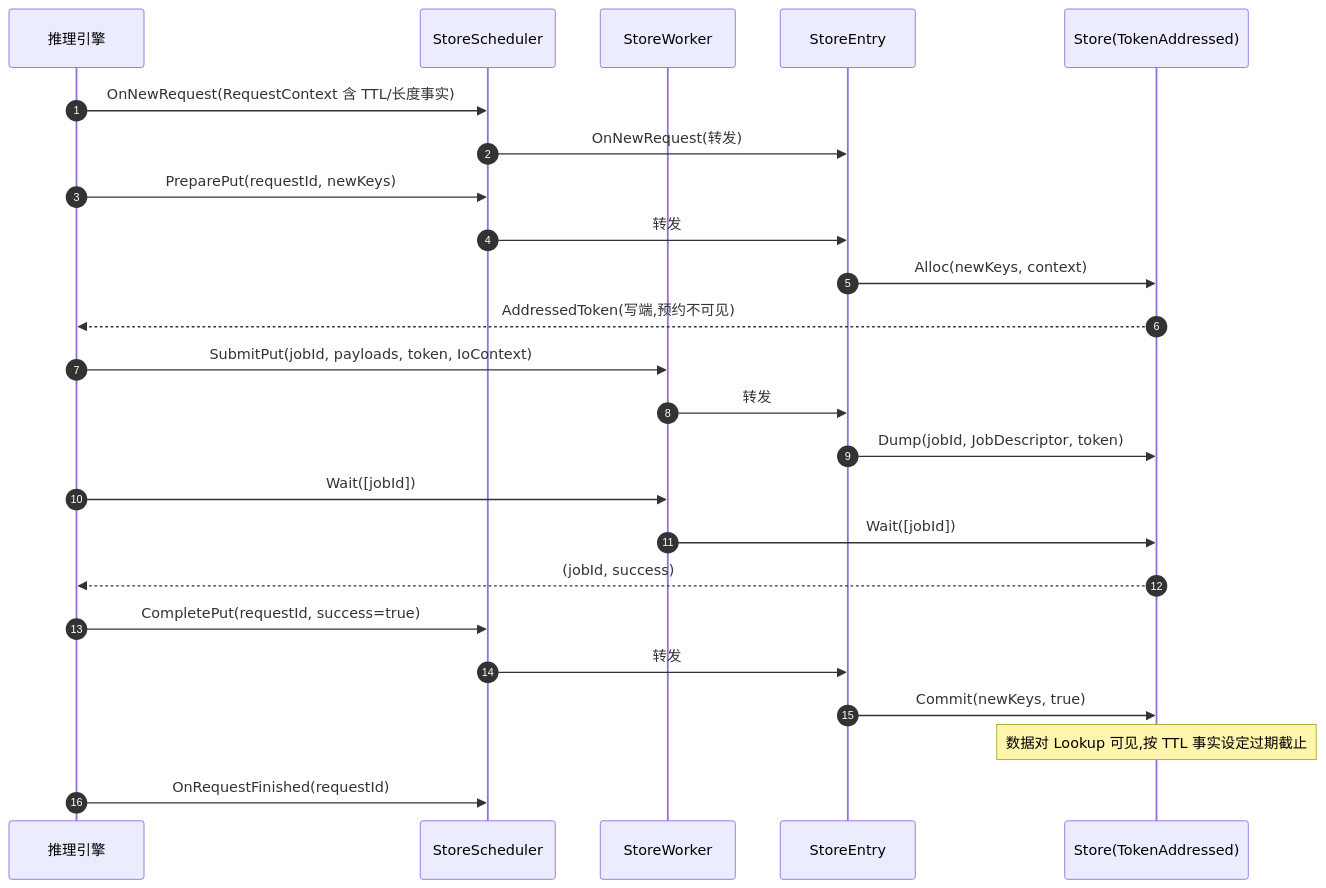
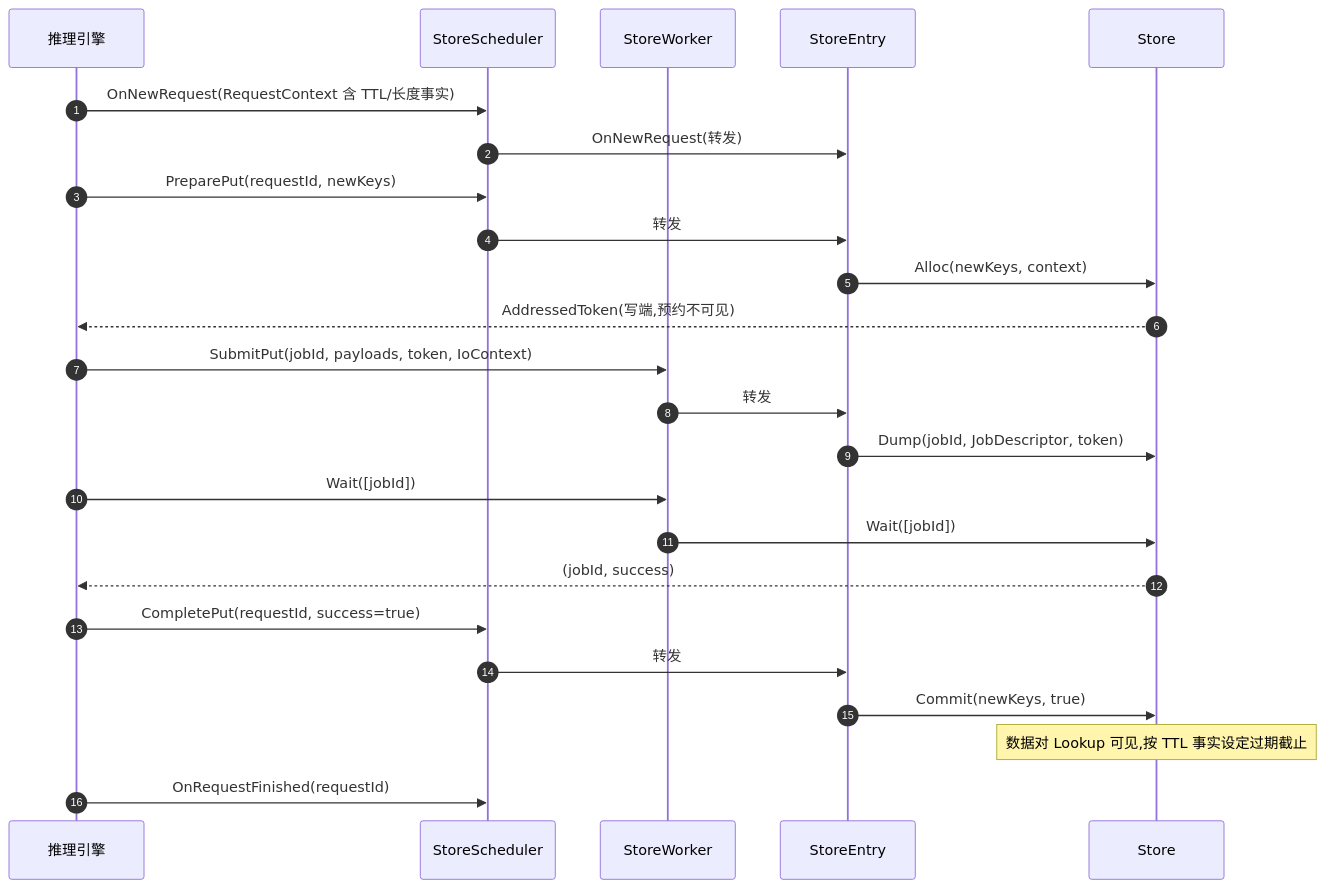
The sixth of 8 diagrams in ucm/v2/docs/interface-design.md (ModelEngine-Group/unified-cache-management), drawn with Mermaid before and after one commit. The commit also changed other lines of this file and 17 other files, not shown here.

First line of the commit message:
[Feat][ucm.v2] Fold TokenAddressed into Store base (#1560)

````diff
--- a/ucm/v2/docs/interface-design.md
+++ b/ucm/v2/docs/interface-design.md
@@ -736,27 +738,27 @@
 ```mermaid
 sequenceDiagram
     autonumber
     participant E as 推理引擎
     participant S as StoreScheduler
     participant W as StoreWorker
     participant N as StoreEntry
-    participant T as Store(TokenAddressed)
+    participant T as Store
 
     E->>S: OnNewRequest(RequestContext 含 TTL/长度事实)
     S->>N: OnNewRequest(转发)
     E->>S: PreparePut(requestId, newKeys)
     S->>N: 转发
     N->>T: Alloc(newKeys, context)
     T-->>E: AddressedToken(写端,预约不可见)
     E->>W: SubmitPut(jobId, payloads, token, IoContext)
     W->>N: 转发
     N->>T: Dump(jobId, JobDescriptor, token)
     E->>W: Wait([jobId])
     W->>T: Wait([jobId])
     T-->>E: (jobId, success)
     E->>S: CompletePut(requestId, success=true)
     S->>N: 转发
     N->>T: Commit(newKeys, true)
     Note over T: 数据对 Lookup 可见,按 TTL 事实设定过期截止
     E->>S: OnRequestFinished(requestId)
 ```
````
